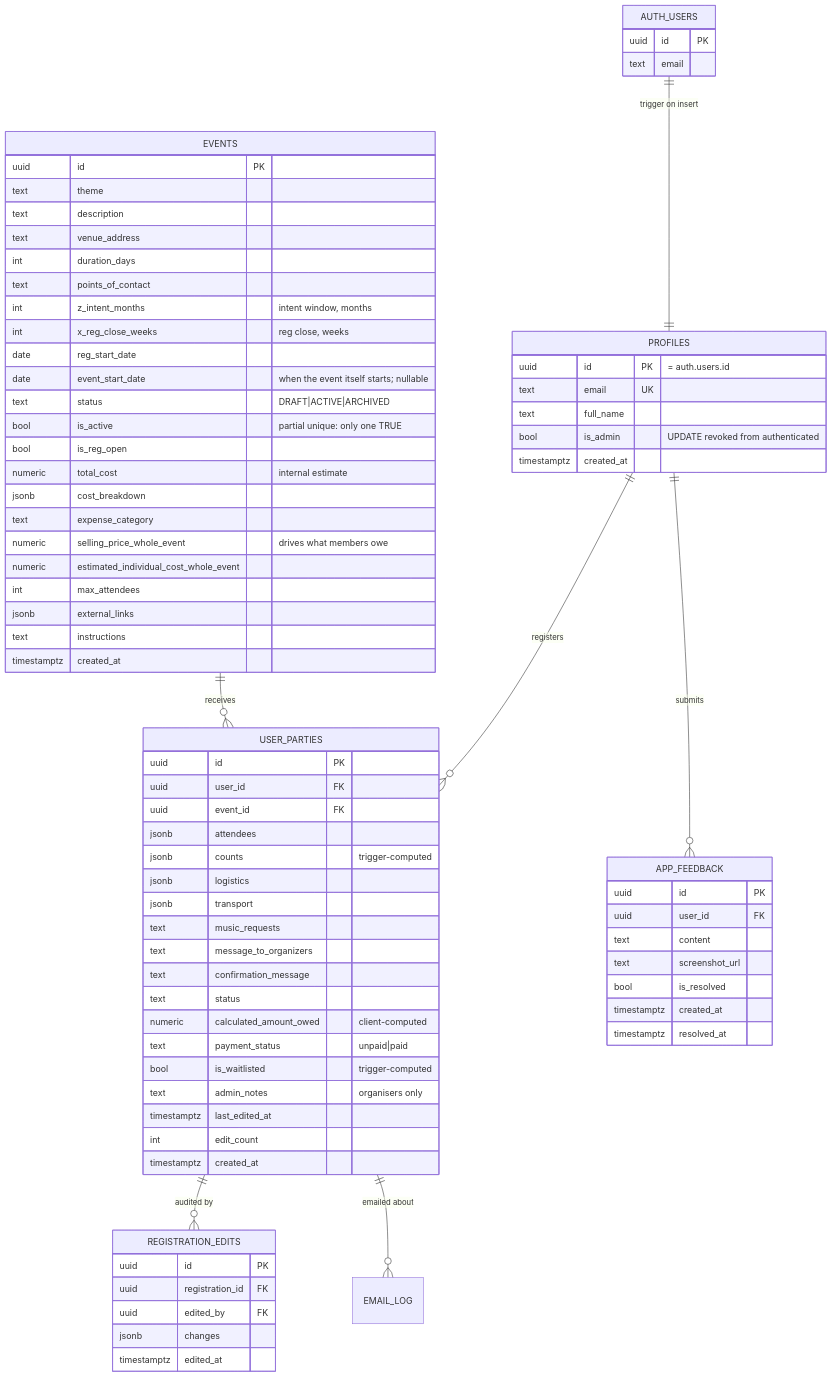
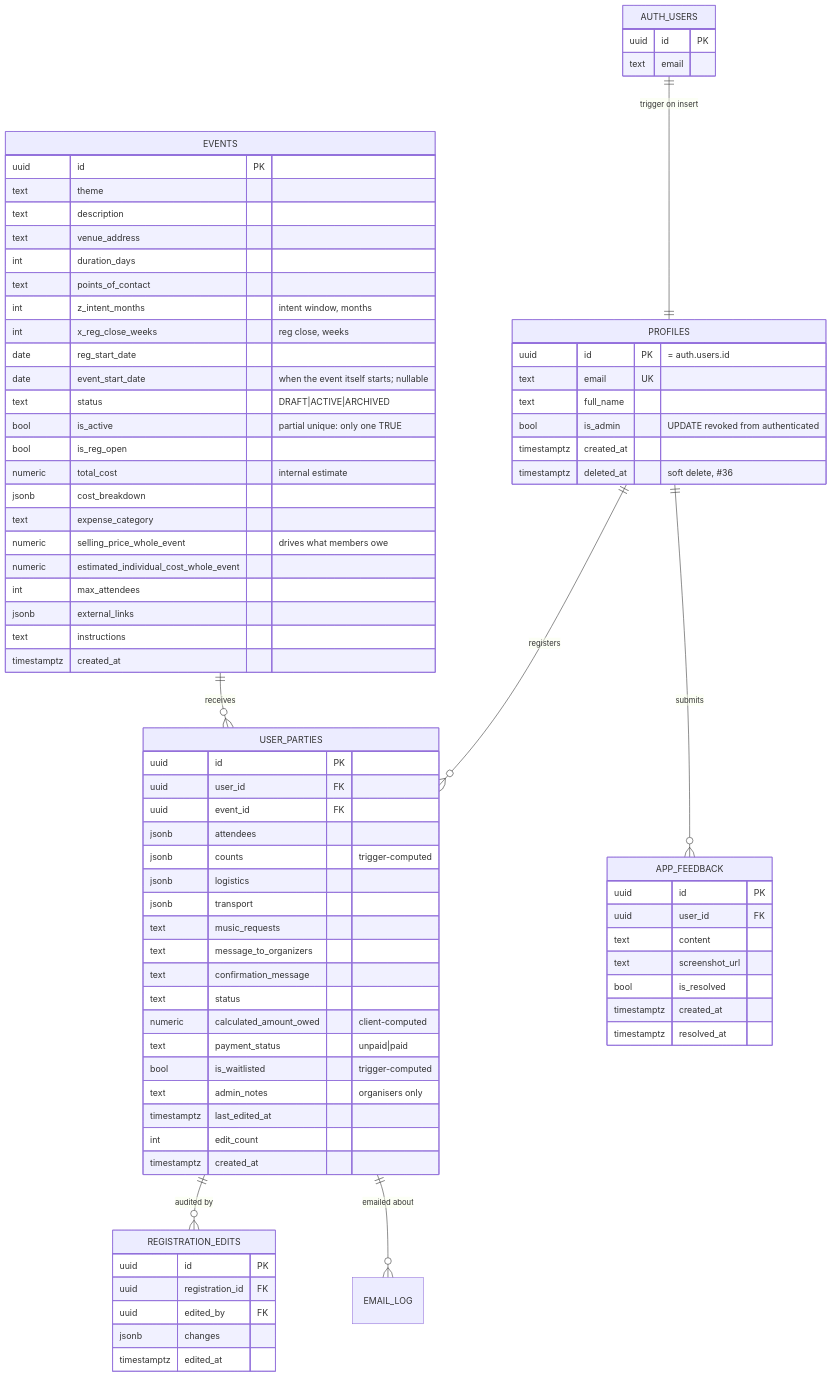
One commit to YULmix/yulmix-la-bedaine changed the first of 2 diagrams in docs/03-data-model.md. Above: the diagram before and after it, drawn with Mermaid. The commit also changed other lines of this file and 13 other files, not shown here.

First line of the commit message:
feat(account): "Supprimer mon compte" as a soft delete, locked after the close date (#36) (#100)

````diff
--- a/docs/03-data-model.md
+++ b/docs/03-data-model.md
@@ -10,81 +10,82 @@
 ```mermaid
 erDiagram
   AUTH_USERS ||--|| PROFILES : "trigger on insert"
   PROFILES ||--o{ USER_PARTIES : "registers"
   EVENTS ||--o{ USER_PARTIES : "receives"
   PROFILES ||--o{ APP_FEEDBACK : "submits"
   USER_PARTIES ||--o{ REGISTRATION_EDITS : "audited by"
   USER_PARTIES ||--o{ EMAIL_LOG : "emailed about"
 
   AUTH_USERS {
     uuid id PK
     text email
   }
   PROFILES {
     uuid id PK "= auth.users.id"
     text email UK
     text full_name
     bool is_admin "UPDATE revoked from authenticated"
     timestamptz created_at
+    timestamptz deleted_at "soft delete, #36"
   }
   EVENTS {
     uuid id PK
     text theme
     text description
     text venue_address
     int duration_days
     text points_of_contact
     int z_intent_months "intent window, months"
     int x_reg_close_weeks "reg close, weeks"
     date reg_start_date
     date event_start_date "when the event itself starts; nullable"
     text status "DRAFT|ACTIVE|ARCHIVED"
     bool is_active "partial unique: only one TRUE"
     bool is_reg_open
     numeric total_cost "internal estimate"
     jsonb cost_breakdown
     text expense_category
     numeric selling_price_whole_event "drives what members owe"
     numeric estimated_individual_cost_whole_event
     int max_attendees
     jsonb external_links
     text instructions
     timestamptz created_at
   }
   USER_PARTIES {
     uuid id PK
     uuid user_id FK
     uuid event_id FK
     jsonb attendees
     jsonb counts "trigger-computed"
     jsonb logistics
     jsonb transport
     text music_requests
     text message_to_organizers
     text confirmation_message
     text status
     numeric calculated_amount_owed "client-computed"
     text payment_status "unpaid|paid"
     bool is_waitlisted "trigger-computed"
     text admin_notes "organisers only"
     timestamptz last_edited_at
     int edit_count
     timestamptz created_at
   }
   APP_FEEDBACK {
     uuid id PK
     uuid user_id FK
     text content
     text screenshot_url
     bool is_resolved
     timestamptz created_at
     timestamptz resolved_at
   }
   REGISTRATION_EDITS {
     uuid id PK
     uuid registration_id FK
     uuid edited_by FK
     jsonb changes
     timestamptz edited_at
   }
 ```
````
